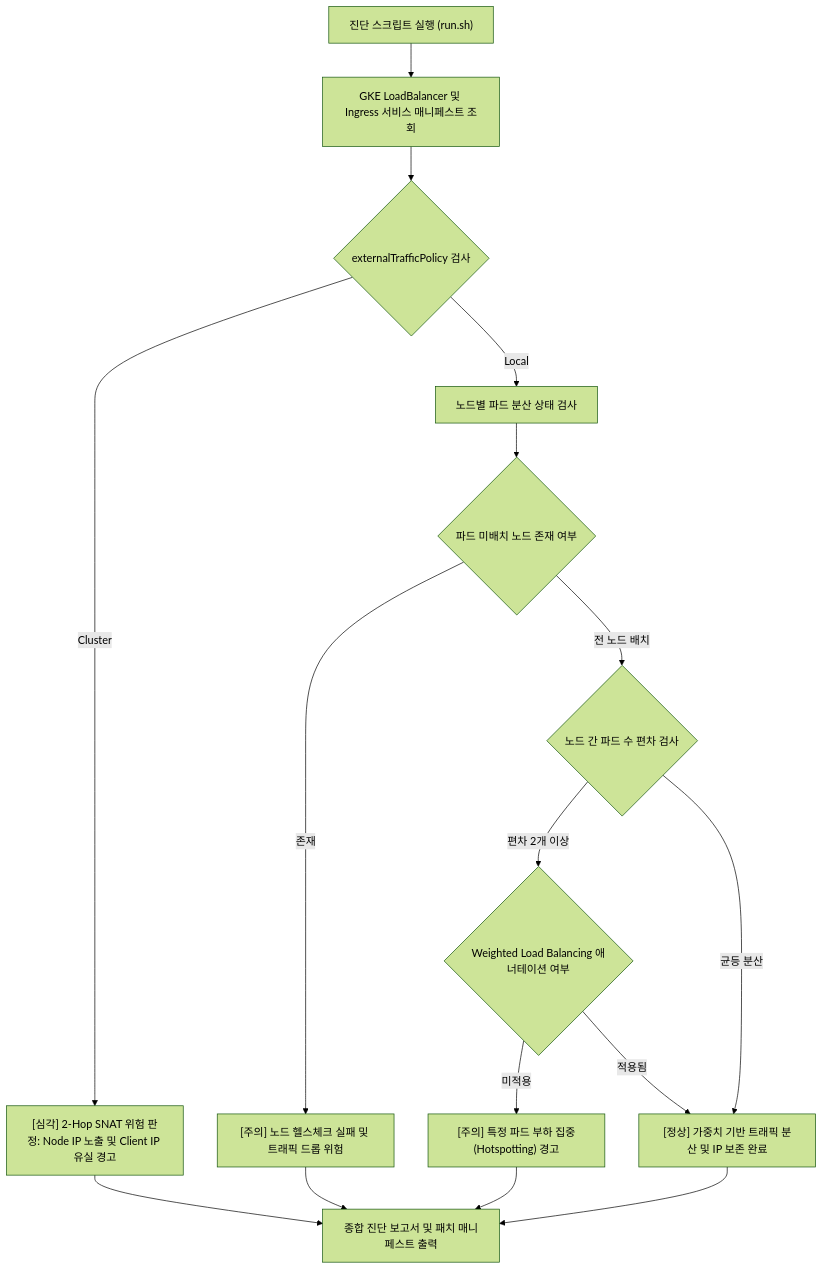
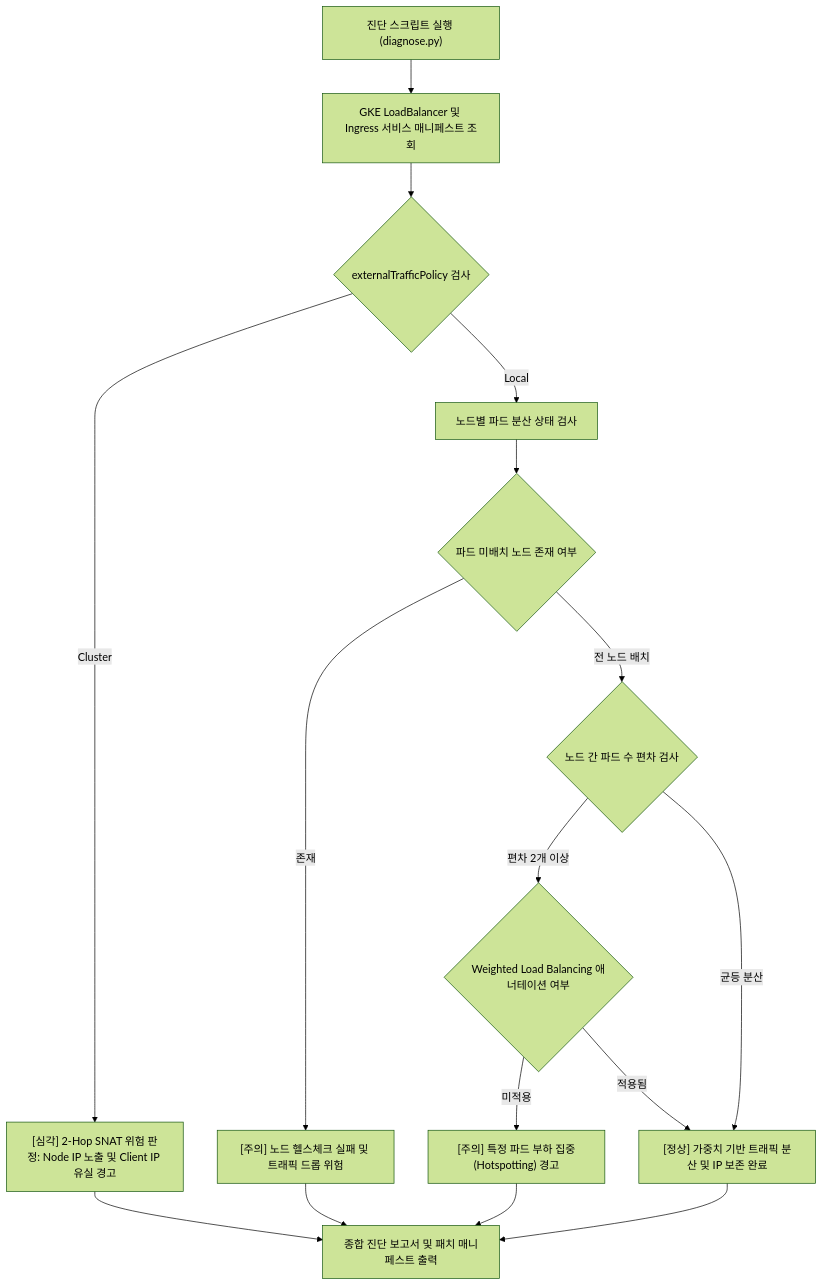
The diagram in samples/gke-source-ip-snat-guard/README.md (jiangjun-forge/google-cloud-0-to-1), drawn with Mermaid (forest theme) before and after one commit. The commit also changed other lines of this file and 180 other files, not shown here.

````diff
--- a/samples/gke-source-ip-snat-guard/README.md
+++ b/samples/gke-source-ip-snat-guard/README.md
@@ -38,22 +38,22 @@
 ```mermaid
 flowchart TD
-    Start["진단 스크립트 실행 (run.sh)"] --> FetchServices["GKE LoadBalancer 및 Ingress 서비스 매니페스트 조회"]
+    Start["진단 스크립트 실행 (diagnose.py)"] --> FetchServices["GKE LoadBalancer 및 Ingress 서비스 매니페스트 조회"]
     FetchServices --> CheckExtPolicy{"externalTrafficPolicy 검사"}
     
     CheckExtPolicy -->|"Cluster"| CriticalSNAT["[심각] 2-Hop SNAT 위험 판정: Node IP 노출 및 Client IP 유실 경고"]
     CheckExtPolicy -->|"Local"| CheckDistribution["노드별 파드 분산 상태 검사"]
     
     CheckDistribution --> CheckEmptyNode{"파드 미배치 노드 존재 여부"}
     CheckEmptyNode -->|"존재"| WarnEmpty["[주의] 노드 헬스체크 실패 및 트래픽 드롭 위험"]
     CheckEmptyNode -->|"전 노드 배치"| CheckImbalance{"노드 간 파드 수 편차 검사"}
     
     CheckImbalance -->|"편차 2개 이상"| CheckWeighted{"Weighted Load Balancing 애너테이션 여부"}
     CheckWeighted -->|"미적용"| WarnHotspot["[주의] 특정 파드 부하 집중(Hotspotting) 경고"]
     CheckWeighted -->|"적용됨"| HealthyPass["[정상] 가중치 기반 트래픽 분산 및 IP 보존 완료"]
     CheckImbalance -->|"균등 분산"| HealthyPass
     
     CriticalSNAT --> GenerateReport["종합 진단 보고서 및 패치 매니페스트 출력"]
     WarnEmpty --> GenerateReport
     WarnHotspot --> GenerateReport
     HealthyPass --> GenerateReport
 ```
````
